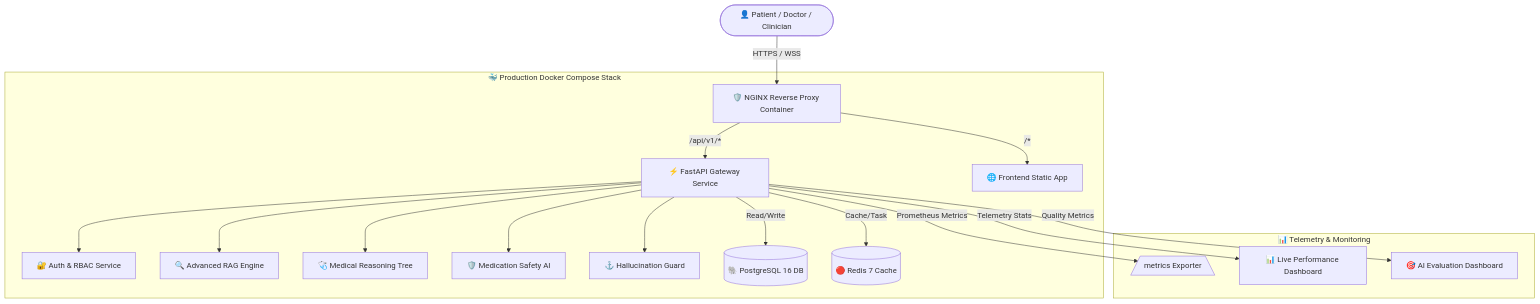
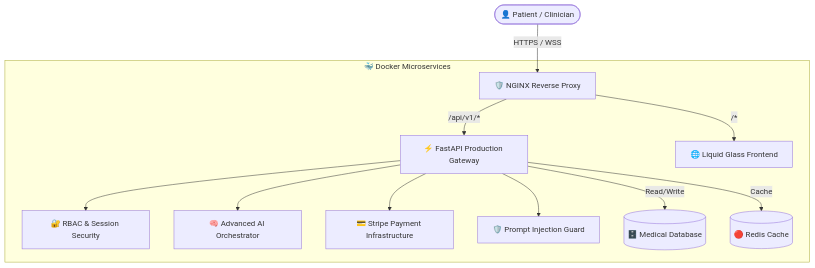
Before and after one commit to Rishisharma029/Project-DhanvantreAI: the diagram in README.md, drawn with Mermaid. The commit also changed other lines of this file, not shown here.

Commit message:
docs: Professional README update with security and AI features

````diff
--- a/README.md
+++ b/README.md
@@ -42,24 +39,17 @@
 ```mermaid
 graph TD
-    User([👤 Patient / Doctor / Clinician]) -->|HTTPS / WSS| Proxy[🛡️ NGINX Reverse Proxy Container]
+    User([👤 Patient / Clinician]) -->|HTTPS / WSS| Proxy[🛡️ NGINX Reverse Proxy]
     
-    subgraph Container_Orchestration [🐳 Production Docker Compose Stack]
-        Proxy -->|/api/v1/*| API_Gateway[⚡ FastAPI Gateway Service]
-        Proxy -->|/*| Web_UI[🌐 Frontend Static App]
+    subgraph Core_Services [🐳 Docker Microservices]
+        Proxy -->|/api/v1/*| API_Gateway[⚡ FastAPI Production Gateway]
+        Proxy -->|/*| Web_UI[🌐 Liquid Glass Frontend]
         
-        API_Gateway --> Auth[🔐 Auth & RBAC Service]
-        API_Gateway --> RAG[🔍 Advanced RAG Engine]
-        API_Gateway --> Reason[🩺 Medical Reasoning Tree]
-        API_Gateway --> Safety[🛡️ Medication Safety AI]
-        API_Gateway --> Guard[⚓ Hallucination Guard]
+        API_Gateway --> Auth[🔐 RBAC & Session Security]
+        API_Gateway --> AI_Engine[🧠 Advanced AI Orchestrator]
+        API_Gateway --> Payment[💳 Stripe Payment Infrastructure]
+        API_Gateway --> Security[🛡️ Prompt Injection Guard]
         
-        API_Gateway -->|Read/Write| DB[(🐘 PostgreSQL 16 DB)]
-        API_Gateway -->|Cache/Task| Cache[(🔴 Redis 7 Cache)]
-    end
-
-    subgraph Observability_Suite [📊 Telemetry & Monitoring]
-        API_Gateway -->|Prometheus Metrics| Metrics[/metrics Exporter\]
-        API_Gateway -->|Telemetry Stats| PerfDash[📊 Live Performance Dashboard]
-        API_Gateway -->|Quality Metrics| EvalDash[🎯 AI Evaluation Dashboard]
+        API_Gateway -->|Read/Write| DB[(🗄️ Medical Database)]
+        API_Gateway -->|Cache| Cache[(🔴 Redis Cache)]
     end
 ```
````
